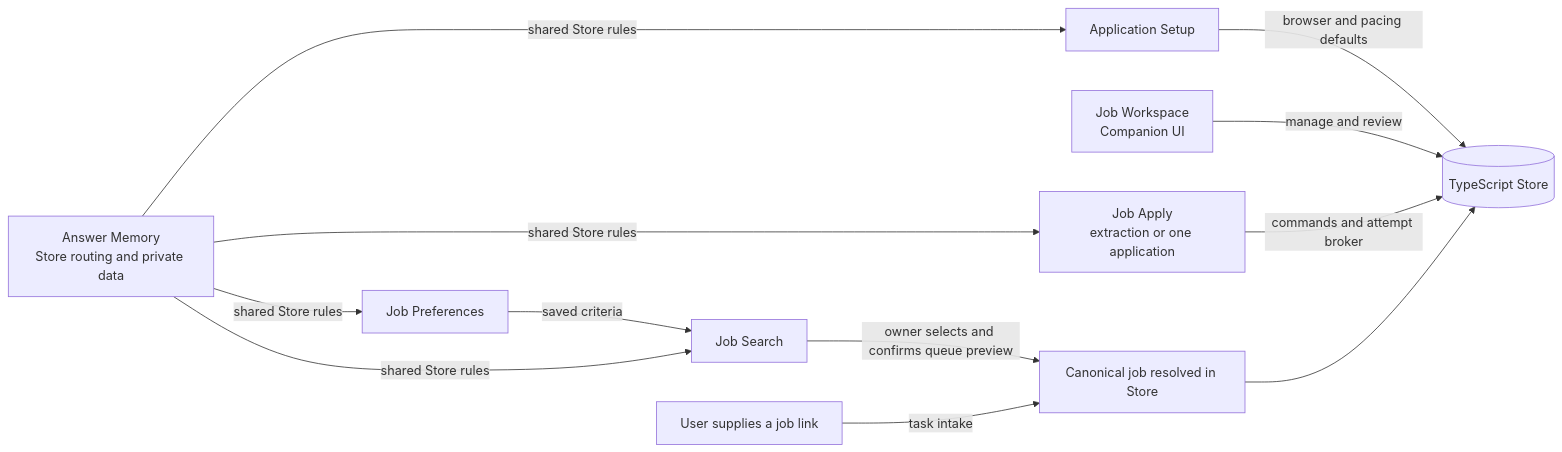
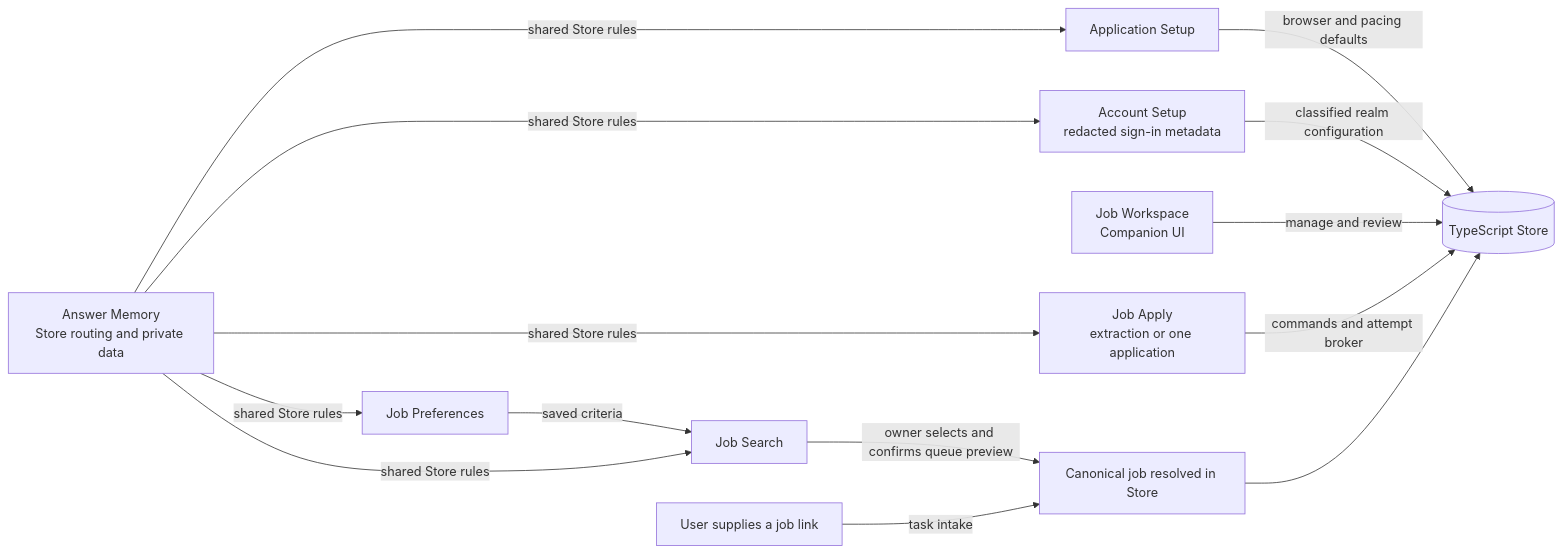
Before and after one commit to neonwatty/job-apply-plugin: the first of 5 diagrams in skills/answer-memory/references/workflow-map.md, drawn with Mermaid. The commit also changed other lines of this file and 11 other files, not shown here.

Commit message:
Add account setup skill

````diff
--- a/skills/answer-memory/references/workflow-map.md
+++ b/skills/answer-memory/references/workflow-map.md
@@ -7,15 +7,17 @@
 ```mermaid
 flowchart LR
   AM[Answer Memory<br/>Store routing and private data]
   AS[Application Setup] -->|browser and pacing defaults| Store
+  AC[Account Setup<br/>redacted sign-in metadata] -->|classified realm configuration| Store
   JP[Job Preferences] -->|saved criteria| JS[Job Search]
   JS -->|owner selects and confirms queue preview| Jobs[Canonical job resolved in Store]
   JW[Job Workspace<br/>Companion UI] -->|manage and review| Store[(TypeScript Store)]
   JA[Job Apply<br/>extraction or one application] -->|commands and attempt broker| Store
   AM -->|shared Store rules| JP
   AM -->|shared Store rules| AS
+  AM -->|shared Store rules| AC
   AM -->|shared Store rules| JS
   AM -->|shared Store rules| JA
   Jobs --> Store
   Direct[User supplies a job link] -->|task intake| Jobs
 ```
````
